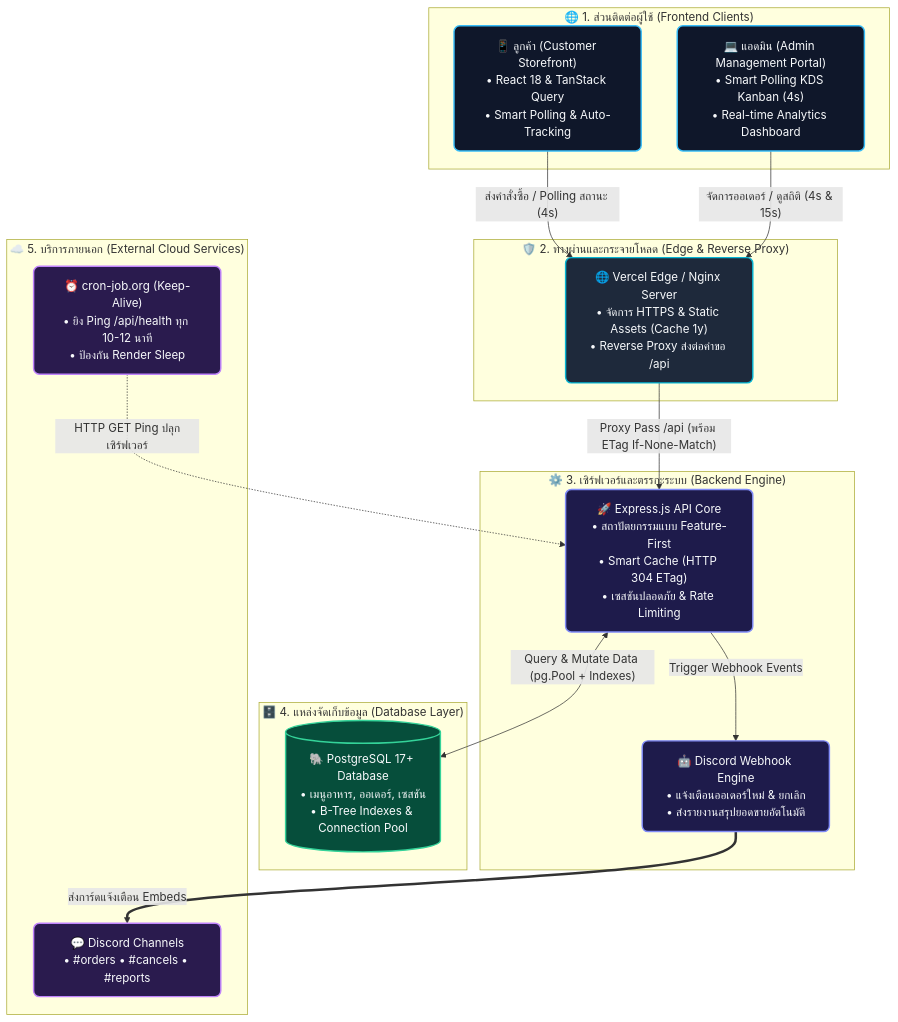
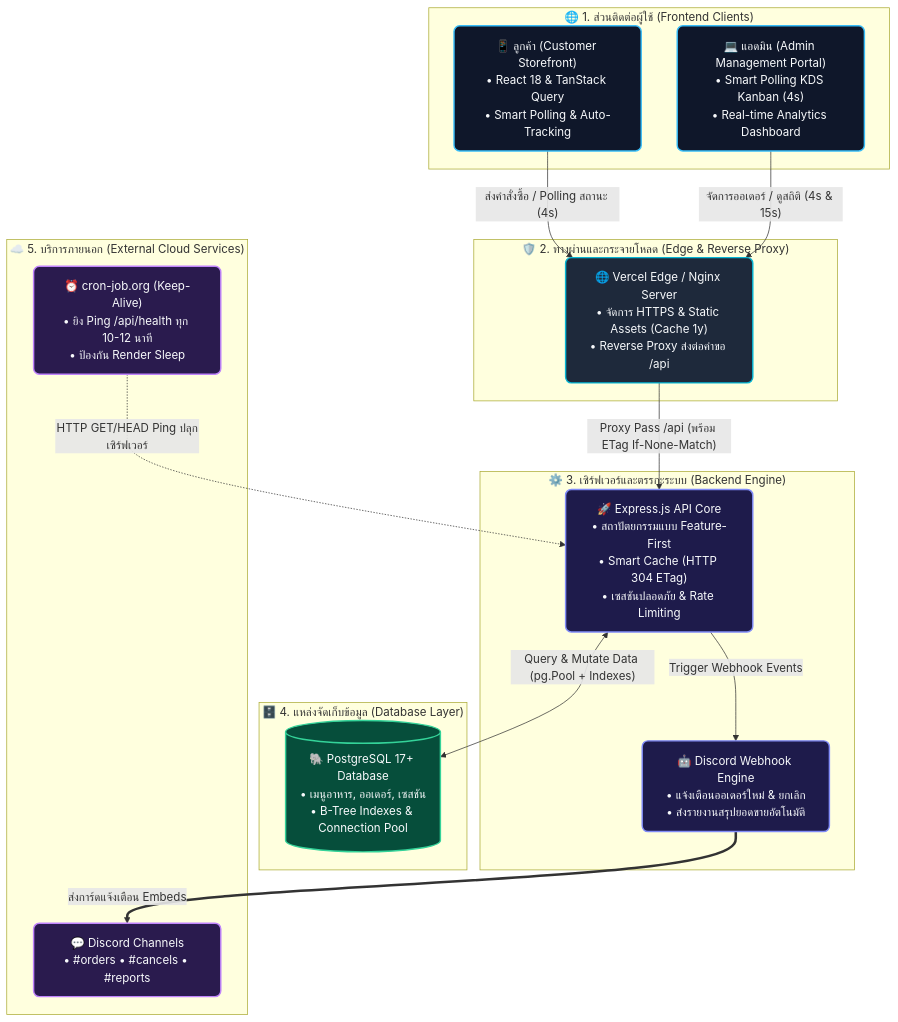
One commit to Youngmaidainon/Food-Order-Web-Application changed the diagram in README.md. Above: the diagram before and after it, drawn with Mermaid. The commit also changed other lines of this file and 3 other files, not shown here.

````diff
--- a/README.md
+++ b/README.md
@@ -25,44 +25,39 @@
 ```mermaid
 flowchart TD
-    %% กำหนดชุดสีและสไตล์ของแต่ละเลเยอร์ (GitHub Dark & Light Compatible)
     classDef client fill:#0f172a,stroke:#38bdf8,stroke-width:2px,color:#f8fafc,rx:8px
     classDef proxy fill:#1e293b,stroke:#06b6d4,stroke-width:2px,color:#f8fafc,rx:8px
     classDef backend fill:#1e1b4b,stroke:#818cf8,stroke-width:2px,color:#f8fafc,rx:8px
     classDef db fill:#064e3b,stroke:#34d399,stroke-width:2px,color:#f8fafc,rx:8px
     classDef ext fill:#2a1b4e,stroke:#c084fc,stroke-width:2px,color:#f8fafc,rx:8px
 
     subgraph CLIENTS ["🌐 1. ส่วนติดต่อผู้ใช้ (Frontend Clients)"]
         Customer["📱 ลูกค้า (Customer Storefront)<br/>• React 18 & TanStack Query<br/>• Smart Polling & Auto-Tracking"]:::client
         Admin["💻 แอดมิน (Admin Management Portal)<br/>• Smart Polling KDS Kanban (4s)<br/>• Real-time Analytics Dashboard"]:::client
     end
 
     subgraph GATEWAY ["🛡️ 2. ทางผ่านและกระจายโหลด (Edge & Reverse Proxy)"]
         Proxy["🌐 Vercel Edge / Nginx Server<br/>• จัดการ HTTPS & Static Assets (Cache 1y)<br/>• Reverse Proxy ส่งต่อคำขอ /api"]:::proxy
     end
 
     subgraph BACKEND ["⚙️ 3. เซิร์ฟเวอร์และตรรกะระบบ (Backend Engine)"]
         API["🚀 Express.js API Core<br/>• สถาปัตยกรรมแบบ Feature-First<br/>• Smart Cache (HTTP 304 ETag)<br/>• เซสชันปลอดภัย & Rate Limiting"]:::backend
         DiscordModule["🤖 Discord Webhook Engine<br/>• แจ้งเตือนออเดอร์ใหม่ & ยกเลิก<br/>• ส่งรายงานสรุปยอดขายอัตโนมัติ"]:::backend
     end
 
     subgraph STORAGE ["🗄️ 4. แหล่งจัดเก็บข้อมูล (Database Layer)"]
         Database[("🐘 PostgreSQL 17+ Database<br/>• เมนูอาหาร, ออเดอร์, เซสชัน<br/>• B-Tree Indexes & Connection Pool")]:::db
     end
 
     subgraph EXTERNAL ["☁️ 5. บริการภายนอก (External Cloud Services)"]
         CronBot["⏰ cron-job.org (Keep-Alive)<br/>• ยิง Ping /api/health ทุก 10-12 นาที<br/>• ป้องกัน Render Sleep"]:::ext
         DiscordApp["💬 Discord Channels<br/>• #orders • #cancels • #reports"]:::ext
     end
 
-    %% เส้นทางการเชื่อมต่อและการไหลของข้อมูล (Data Flow & Interactions)
     Customer -->|"ส่งคำสั่งซื้อ / Polling สถานะ (4s)"| Proxy
     Admin -->|"จัดการออเดอร์ / ดูสถิติ (4s & 15s)"| Proxy
-
     Proxy -->|"Proxy Pass /api (พร้อม ETag If-None-Match)"| API
-
     API <-->|"Query & Mutate Data (pg.Pool + Indexes)"| Database
     API -->|"Trigger Webhook Events"| DiscordModule
-
     DiscordModule ==>|"ส่งการ์ดแจ้งเตือน Embeds"| DiscordApp
-    CronBot -.->|"HTTP GET Ping ปลุกเซิร์ฟเวอร์"| API
+    CronBot -.->|"HTTP GET/HEAD Ping ปลุกเซิร์ฟเวอร์"| API
 ```
````
